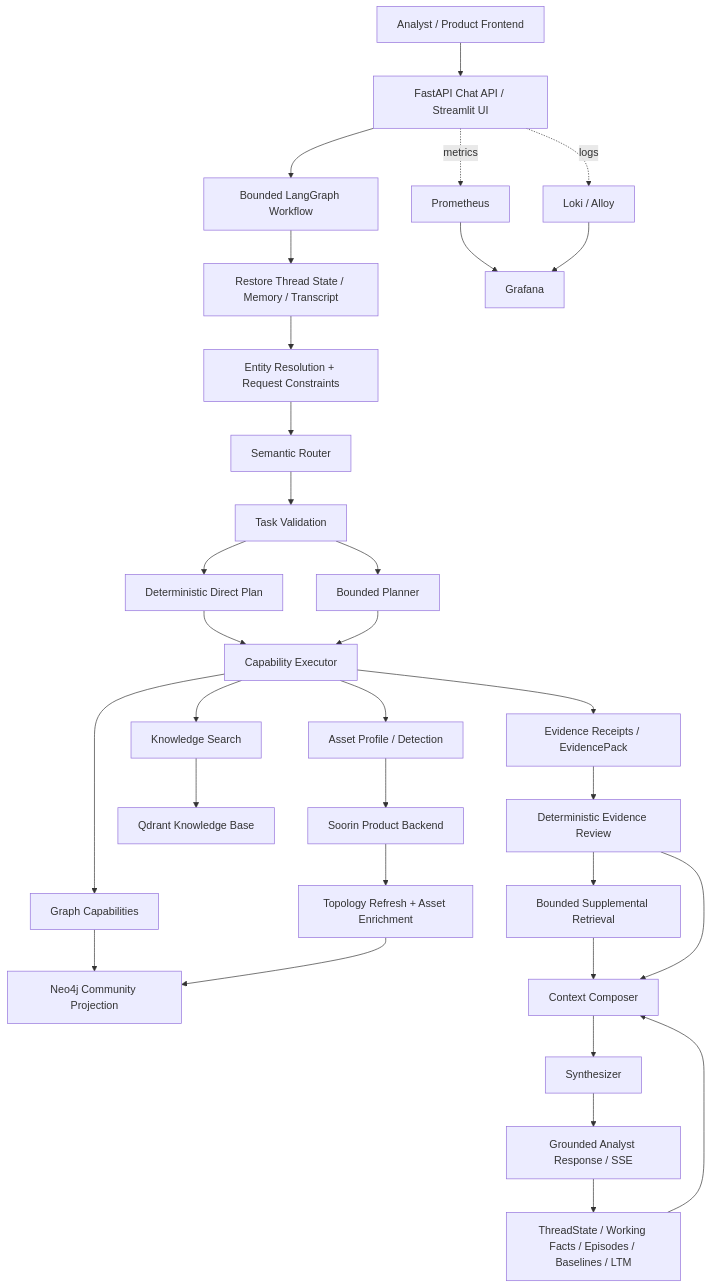
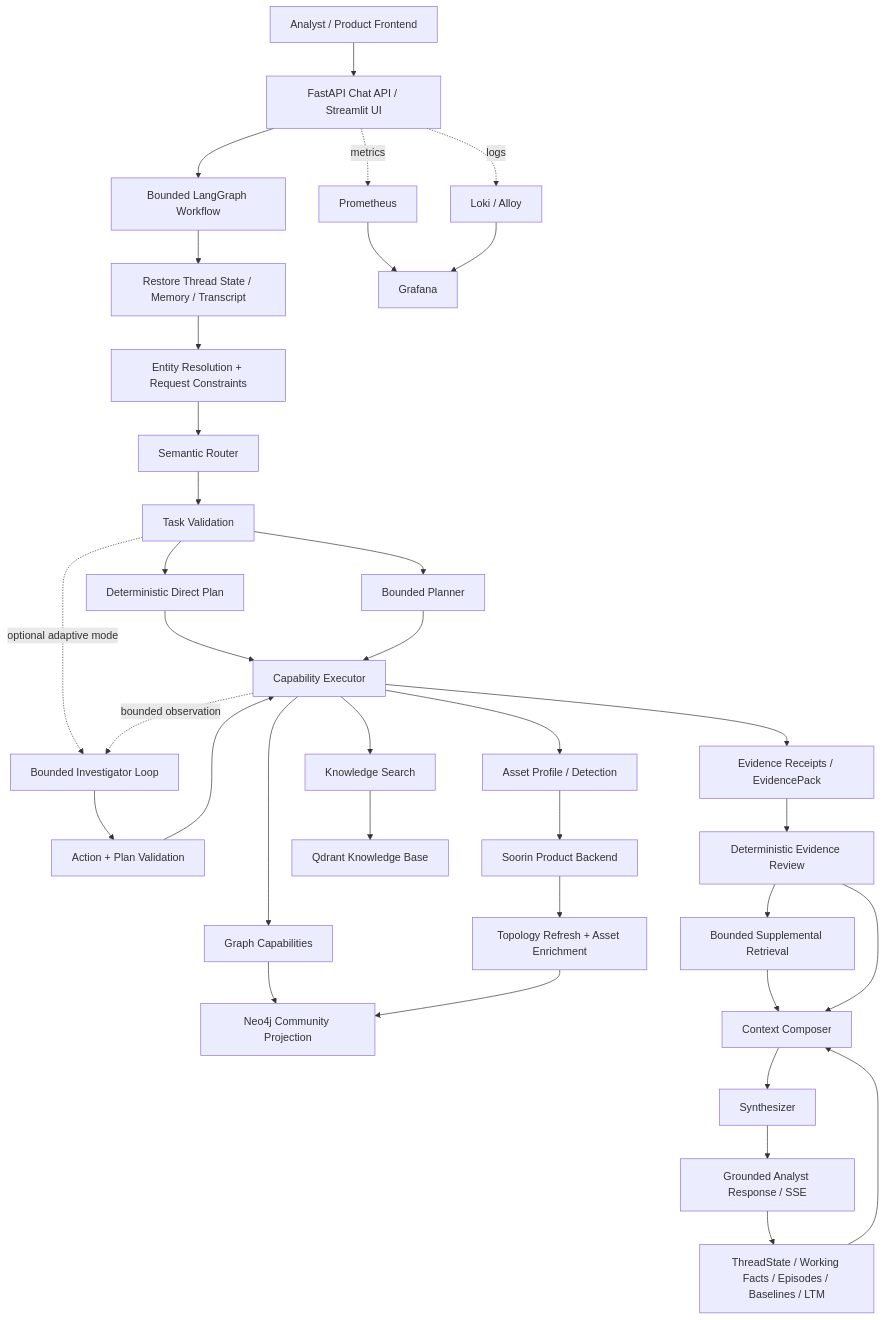
Before and after one commit to alirzx/Soorin_Copilot: the diagram in README.md, drawn with Mermaid. The commit also changed other lines of this file and 36 other files, not shown here.

Commit message:
feat(agent): add bounded adaptive investigator workflow

````diff
--- a/README.md
+++ b/README.md
@@ -9,41 +9,45 @@
 ```mermaid
 flowchart TD
     U[Analyst / Product Frontend] --> API[FastAPI Chat API / Streamlit UI]
     API --> WF[Bounded LangGraph Workflow]
 
     WF --> MEMR[Restore Thread State / Memory / Transcript]
     MEMR --> ENT[Entity Resolution + Request Constraints]
     ENT --> RT[Semantic Router]
     RT --> TV[Task Validation]
     TV --> DP[Deterministic Direct Plan]
     TV --> PL[Bounded Planner]
+    TV -. optional adaptive mode .-> INV[Bounded Investigator Loop]
     DP --> EX[Capability Executor]
     PL --> EX
+    INV --> AV[Action + Plan Validation]
+    AV --> EX
+    EX -. bounded observation .-> INV
 
     EX --> AS[Asset Profile / Detection]
     EX --> GR[Graph Capabilities]
     EX --> KB[Knowledge Search]
 
     AS --> PROD[Soorin Product Backend]
     GR --> NEO[Neo4j Community Projection]
     KB --> QD[Qdrant Knowledge Base]
 
     PROD --> SYNC[Topology Refresh + Asset Enrichment]
     SYNC --> NEO
 
     EX --> EV[Evidence Receipts / EvidencePack]
     EV --> REV[Deterministic Evidence Review]
     REV --> SUP[Bounded Supplemental Retrieval]
     SUP --> CTX[Context Composer]
     REV --> CTX
 
     MEM[ThreadState / Working Facts / Episodes / Baselines / LTM] --> CTX
     CTX --> SYN[Synthesizer]
     SYN --> OUT[Grounded Analyst Response / SSE]
     OUT --> MEM
 
     API -. metrics .-> PROM[Prometheus]
     API -. logs .-> LOKI[Loki / Alloy]
     PROM --> GRAF[Grafana]
     LOKI --> GRAF
 ```
````
